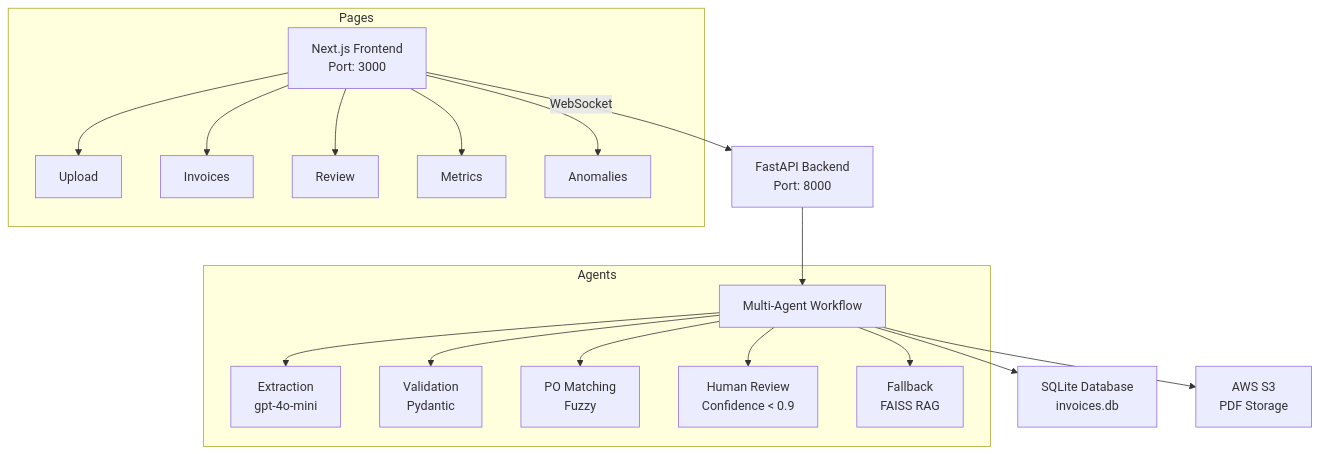
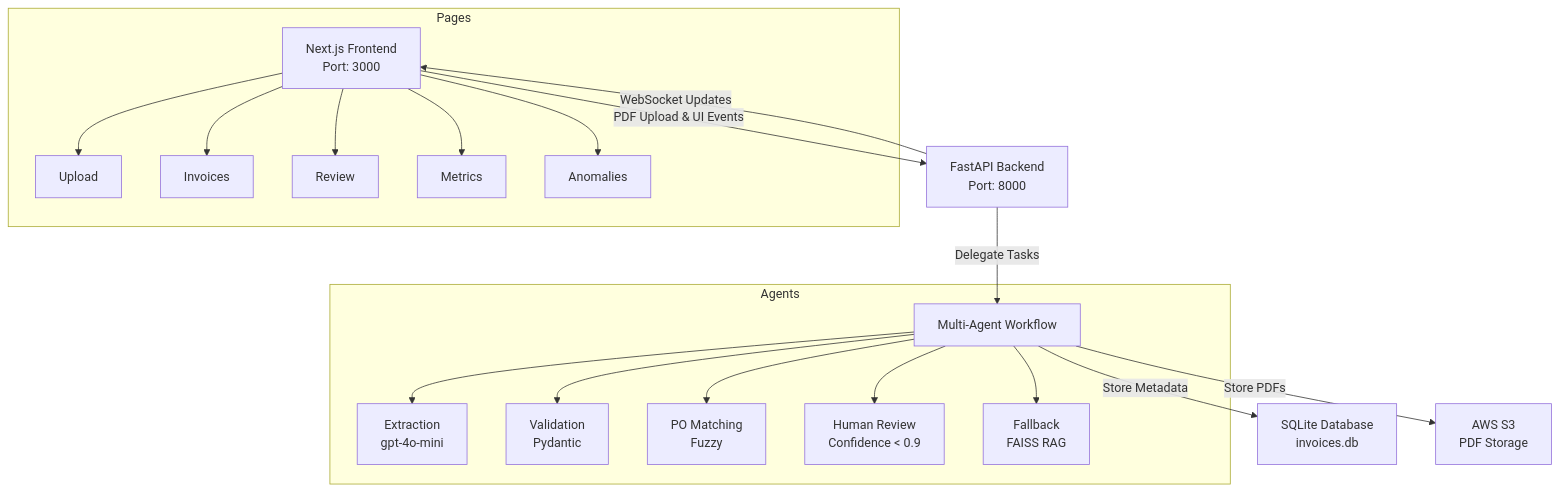
Before and after one commit to YanCotta/agentic_invoice_system_final_version: the diagram in README.md, drawn with Mermaid. The commit also changed other lines of this file, not shown here.

````diff
--- a/README.md
+++ b/README.md
@@ -174,21 +177,22 @@
 ```mermaid
 flowchart TD
-    A[Next.js Frontend<br>Port: 3000] -->|WebSocket| B[FastAPI Backend<br>Port: 8000]
-    B --> C[Multi-Agent Workflow]
-    C --> D[SQLite Database<br>invoices.db]
-    C --> E[AWS S3<br>PDF Storage]
-    subgraph Pages
-        A --> A1[Upload]
-        A --> A2[Invoices]
-        A --> A3[Review]
-        A --> A4[Metrics]
-        A --> A5[Anomalies]
-    end
-    subgraph Agents
-        C --> C1[Extraction<br>gpt-4o-mini]
-        C --> C2[Validation<br>Pydantic]
-        C --> C3[PO Matching<br>Fuzzy]
-        C --> C4[Human Review<br>Confidence < 0.9]
-        C --> C5[Fallback<br>FAISS RAG]
-    end
+  A[Next.js Frontend<br>Port: 3000] -->|PDF Upload & UI Events| B[FastAPI Backend<br>Port: 8000]
+  B -->|WebSocket Updates| A
+  B -->|Delegate Tasks| C[Multi-Agent Workflow]
+  C -->|Store Metadata| D[SQLite Database<br>invoices.db]
+  C -->|Store PDFs| E[AWS S3<br>PDF Storage]
+  subgraph Pages
+    A --> A1[Upload]
+    A --> A2[Invoices]
+    A --> A3[Review]
+    A --> A4[Metrics]
+    A --> A5[Anomalies]
+  end
+  subgraph Agents
+    C --> C1[Extraction<br>gpt-4o-mini]
+    C --> C2[Validation<br>Pydantic]
+    C --> C3[PO Matching<br>Fuzzy]
+    C --> C4[Human Review<br>Confidence < 0.9]
+    C --> C5[Fallback<br>FAISS RAG]
+  end
 ```
````
